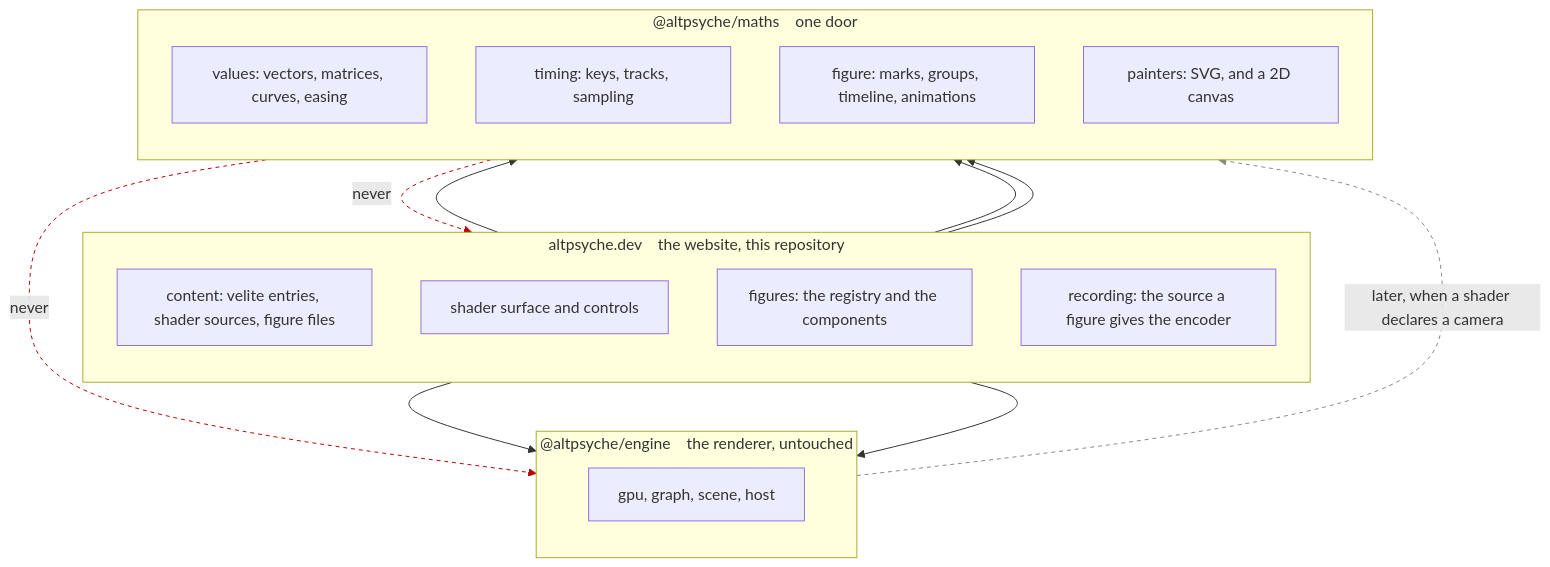
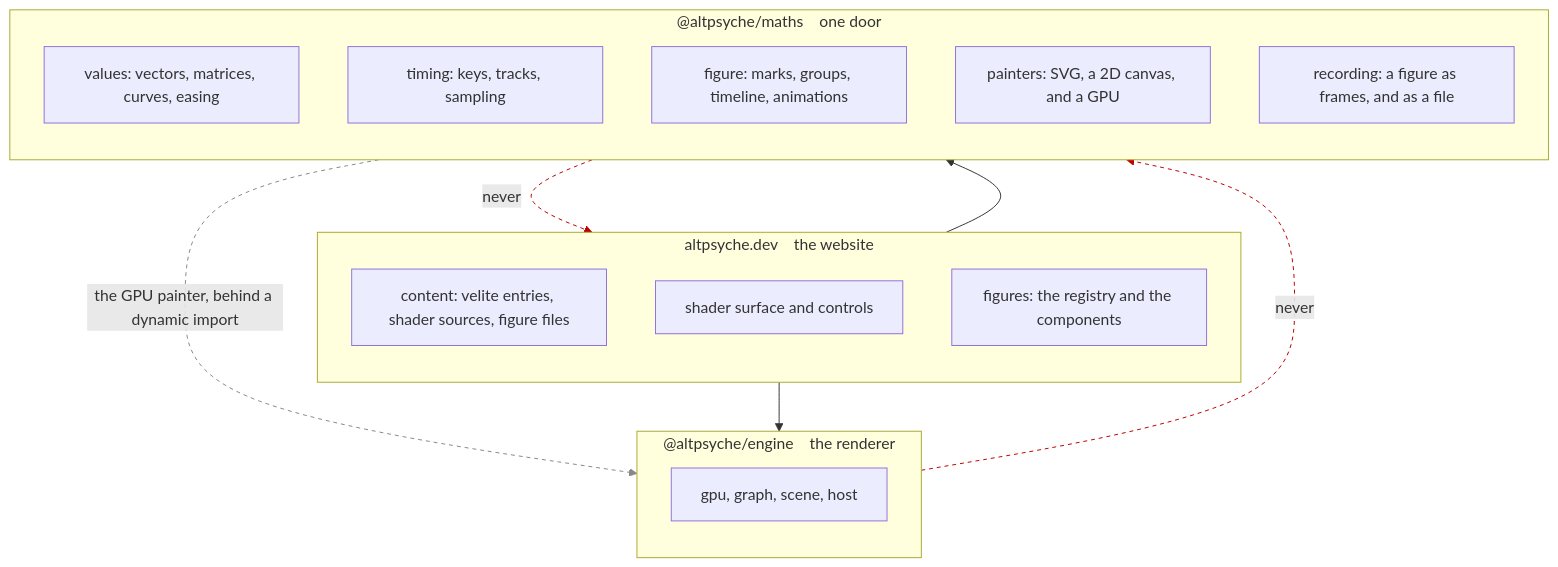
Before and after one commit to altpsyche/altpsyche-maths: the diagram in DESIGN.md, drawn with Mermaid. The commit also changed other lines of this file and 2 other files, not shown here.

````diff
--- a/DESIGN.md
+++ b/DESIGN.md
@@ -103,36 +119,33 @@
 ```mermaid
 graph TD
-  subgraph site["altpsyche.dev &nbsp;&nbsp; the website, this repository"]
+  subgraph site["altpsyche.dev &nbsp;&nbsp; the website"]
     direction TB
     W1["content: velite entries, shader sources, figure files"]
     W2["shader surface and controls"]
     W3["figures: the registry and the components"]
-    W4["recording: the source a figure gives the encoder"]
   end
 
-  subgraph engine["@altpsyche/engine &nbsp;&nbsp; the renderer, untouched"]
+  subgraph engine["@altpsyche/engine &nbsp;&nbsp; the renderer"]
     direction TB
     E1["gpu, graph, scene, host"]
   end
 
   subgraph maths["@altpsyche/maths &nbsp;&nbsp; one door"]
     direction TB
     M1["values: vectors, matrices, curves, easing"]
     M2["timing: keys, tracks, sampling"]
     M3["figure: marks, groups, timeline, animations"]
-    M4["painters: SVG, and a 2D canvas"]
+    M4["painters: SVG, a 2D canvas, and a GPU"]
+    M5["recording: a figure as frames, and as a file"]
   end
 
   W2 --> engine
-  W4 --> engine
   W3 --> maths
-  W4 --> maths
-  W2 --> maths
 
-  engine -. "later, when a shader declares a camera" .-> maths
-  maths -. "never" .-> engine
+  maths -. "the GPU painter, behind a dynamic import" .-> engine
+  engine -. "never" .-> maths
   maths -. "never" .-> site
 
-  linkStyle 5 stroke-dasharray:4,stroke:#888
-  linkStyle 6,7 stroke-dasharray:4,stroke:#b00
+  linkStyle 2 stroke-dasharray:4,stroke:#888
+  linkStyle 3,4 stroke-dasharray:4,stroke:#b00
 ```
````
